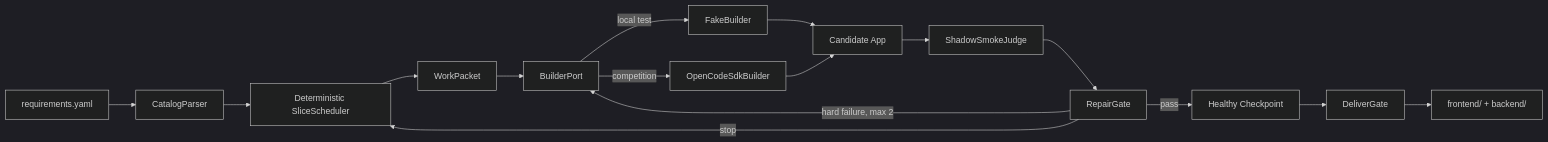
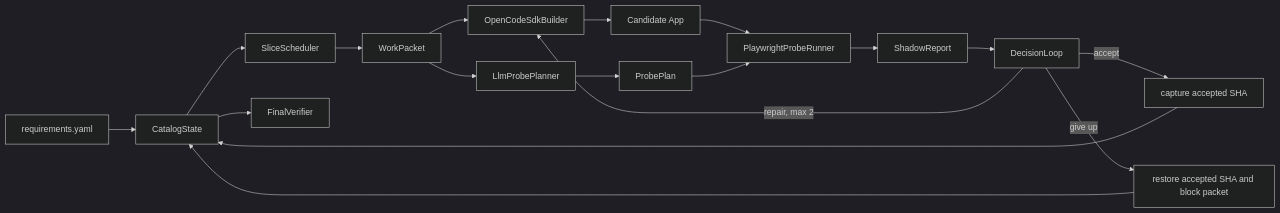
One commit to TheaDust/Shallow changed the diagram in docs/superpowers/specs/2026-09-02-shallowcode-v1-lite-design.md. Above: the diagram before and after it, drawn with Mermaid (dark theme). The commit also changed other lines of this file and 1 other file, not shown here.

Commit message:
docs: constrain ShallowCode around global control

````diff
--- a/docs/superpowers/specs/2026-09-02-shallowcode-v1-lite-design.md
+++ b/docs/superpowers/specs/2026-09-02-shallowcode-v1-lite-design.md
@@ -21,18 +36,20 @@
 ```mermaid
 flowchart LR
-    A[requirements.yaml] --> B[CatalogParser]
-    B --> C[Deterministic SliceScheduler]
-    C --> D[WorkPacket]
-    D --> E[BuilderPort]
-    E -->|local test| F[FakeBuilder]
-    E -->|competition| G[OpenCodeSdkBuilder]
-    F --> H[Candidate App]
-    G --> H
-    H --> I[ShadowSmokeJudge]
-    I --> J[RepairGate]
-    J -->|pass| K[Healthy Checkpoint]
-    J -->|hard failure, max 2| E
-    J -->|stop| C
-    K --> L[DeliverGate]
-    L --> M[frontend/ + backend/]
+    R[requirements.yaml] --> C[CatalogState]
+    C --> S[SliceScheduler]
+    S --> W[WorkPacket]
+    W --> B[OpenCodeSdkBuilder]
+    B --> A[Candidate App]
+    W --> P[LlmProbePlanner]
+    P --> PP[ProbePlan]
+    A --> PR[PlaywrightProbeRunner]
+    PP --> PR
+    PR --> SR[ShadowReport]
+    SR --> D[DecisionLoop]
+    D -->|accept| G[capture accepted SHA]
+    D -->|repair, max 2| B
+    D -->|give up| X[restore accepted SHA and block packet]
+    G --> C
+    X --> C
+    C --> F[FinalVerifier]
 ```
````
